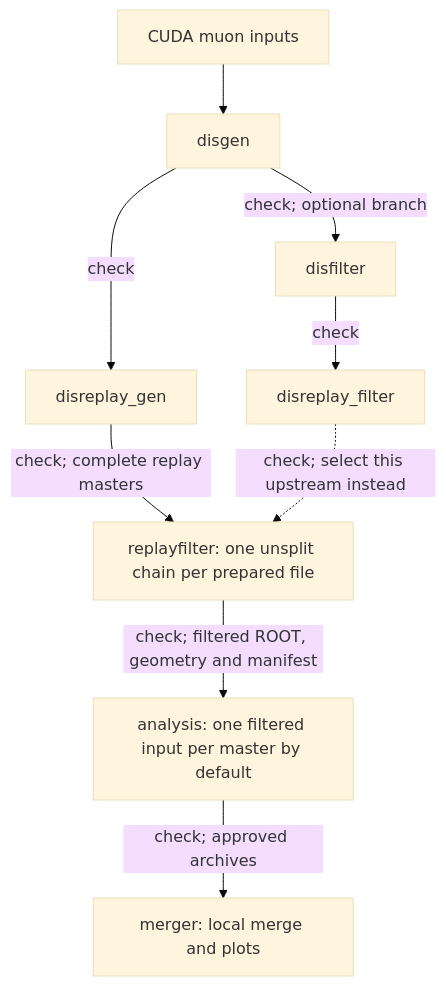
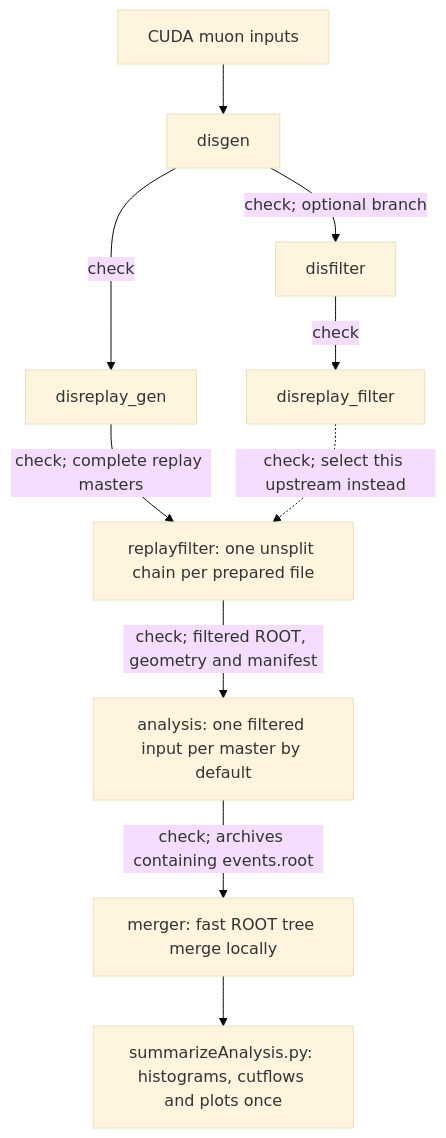
Before and after one commit to amagnan/htcondor_submission_scripts: the diagram in NewMuonDIS/prodWorkflow/README.md, drawn with Mermaid (base theme). The commit also changed other lines of this file and 13 other files, not shown here.

````diff
--- a/NewMuonDIS/prodWorkflow/README.md
+++ b/NewMuonDIS/prodWorkflow/README.md
@@ -7,11 +7,12 @@
 ```mermaid
 flowchart TD
     INPUT[CUDA muon inputs] --> GEN[disgen]
     GEN -->|check| REPLAY[disreplay_gen]
     GEN -->|check; optional branch| DISFILTER[disfilter]
     DISFILTER -->|check| FILTERREPLAY[disreplay_filter]
     REPLAY -->|check; complete replay masters| FILTER[replayfilter: one unsplit chain per prepared file]
     FILTERREPLAY -.->|check; select this upstream instead| FILTER
     FILTER -->|check; filtered ROOT, geometry and manifest| ANALYSIS[analysis: one filtered input per master by default]
-    ANALYSIS -->|check; approved archives| MERGER[merger: local merge and plots]
+    ANALYSIS -->|check; archives containing events.root| MERGER[merger: fast ROOT tree merge locally]
+    MERGER --> SUMMARY[summarizeAnalysis.py: histograms, cutflows and plots once]
 ```
````
